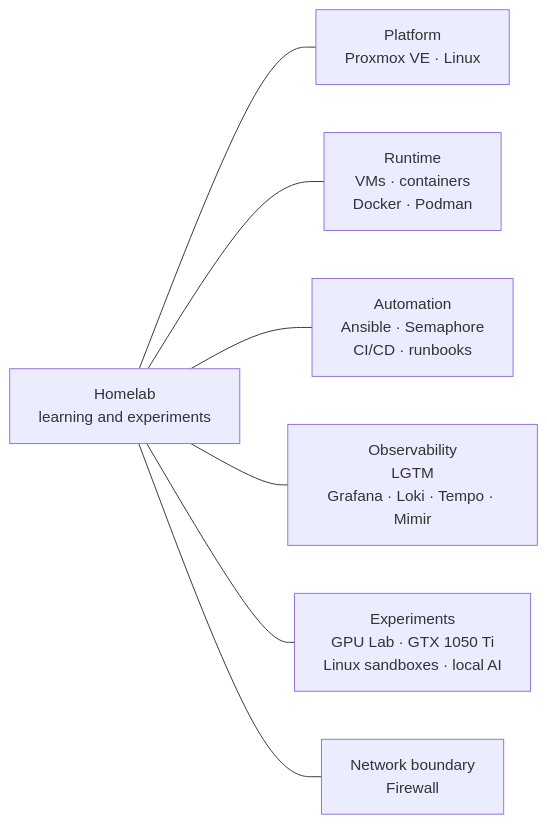
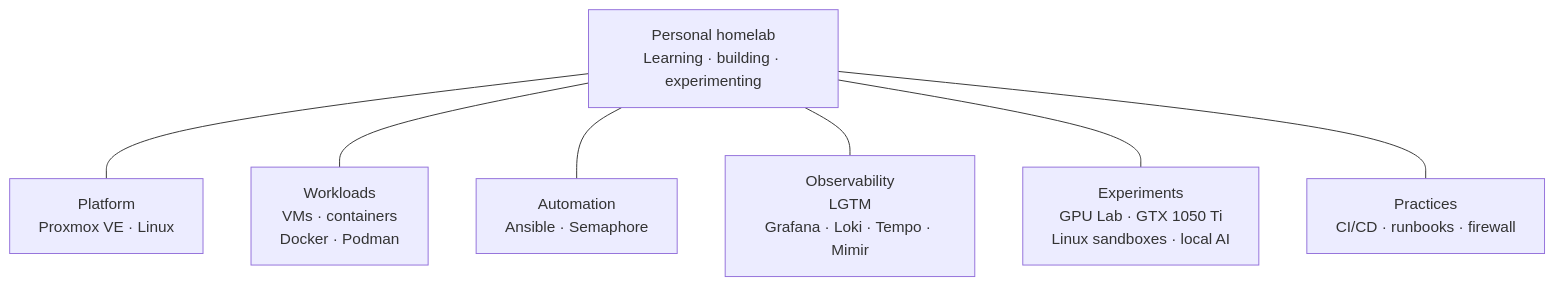
Before and after one commit to AndersonTavares0/homelab-portfolio: the diagram in README.md, drawn with Mermaid. The commit also changed other lines of this file, not shown here.

````diff
--- a/README.md
+++ b/README.md
@@ -9,10 +43,10 @@
 ```mermaid
-flowchart LR
-    lab["Homelab<br/>learning and experiments"]
+flowchart TB
+    lab["Personal homelab<br/>Learning · building · experimenting"]
     lab --- platform["Platform<br/>Proxmox VE · Linux"]
-    lab --- runtime["Runtime<br/>VMs · containers<br/>Docker · Podman"]
-    lab --- automation["Automation<br/>Ansible · Semaphore<br/>CI/CD · runbooks"]
+    lab --- workloads["Workloads<br/>VMs · containers<br/>Docker · Podman"]
+    lab --- automation["Automation<br/>Ansible · Semaphore"]
     lab --- observability["Observability<br/>LGTM<br/>Grafana · Loki · Tempo · Mimir"]
-    lab --- experiments["Experiments<br/>GPU Lab · GTX 1050 Ti<br/>Linux sandboxes · local AI"]
-    lab --- security["Network boundary<br/>Firewall"]
+    lab --- compute["Experiments<br/>GPU Lab · GTX 1050 Ti<br/>Linux sandboxes · local AI"]
+    lab --- operations["Practices<br/>CI/CD · runbooks · firewall"]
 ```
````
